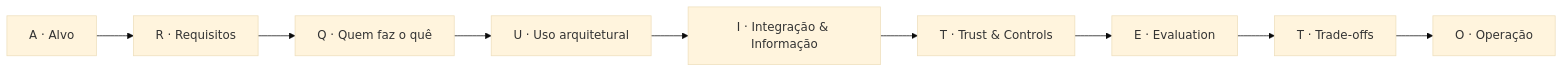
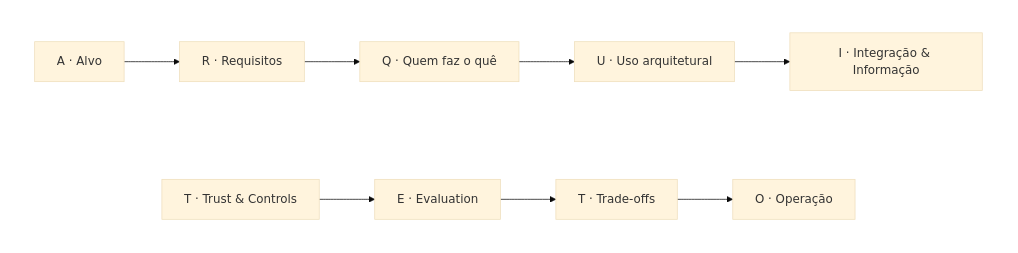
One commit to brunovicco/architect-ai-framework changed the second of 2 diagrams in README.pt-br.md. Above: the diagram before and after it, drawn with Mermaid (base theme). The commit also changed 1 other file, not shown here.

Commit message:
Break the 9-step flowchart into two rows in both READMEs
The 9 nodes in a single flowchart LR row were cramped/wide. Split into
two grouped subgraphs (5 + 4 steps) stacked top-to-bottom, each flowing
left-to-right internally, connected by an invisible link to preserve
the row order without a connecting arrow breaking the inner layout
(a known mermaid quirk when an edge crosses subgraph boundaries).
Verified by rendering both diagrams with mermaid-cli before committing.

````diff
--- a/README.pt-br.md
+++ b/README.pt-br.md
@@ -76,6 +76,14 @@
 ```mermaid
-flowchart LR
-    A["A · Alvo"] --> R["R · Requisitos"] --> Q["Q · Quem faz o quê"]
-    Q --> U["U · Uso arquitetural"] --> I["I · Integração &amp; Informação"] --> T1["T · Trust &amp; Controls"]
-    T1 --> E["E · Evaluation"] --> T2["T · Trade-offs"] --> O["O · Operação"]
+flowchart TB
+    subgraph Row1[" "]
+        direction LR
+        A["A · Alvo"] --> R["R · Requisitos"] --> Q["Q · Quem faz o quê"] --> U["U · Uso arquitetural"] --> I["I · Integração &amp; Informação"]
+    end
+    subgraph Row2[" "]
+        direction LR
+        T1["T · Trust &amp; Controls"] --> E["E · Evaluation"] --> T2["T · Trade-offs"] --> O["O · Operação"]
+    end
+    Row1 ~~~ Row2
+    style Row1 fill:none,stroke:none
+    style Row2 fill:none,stroke:none
 ```
````
